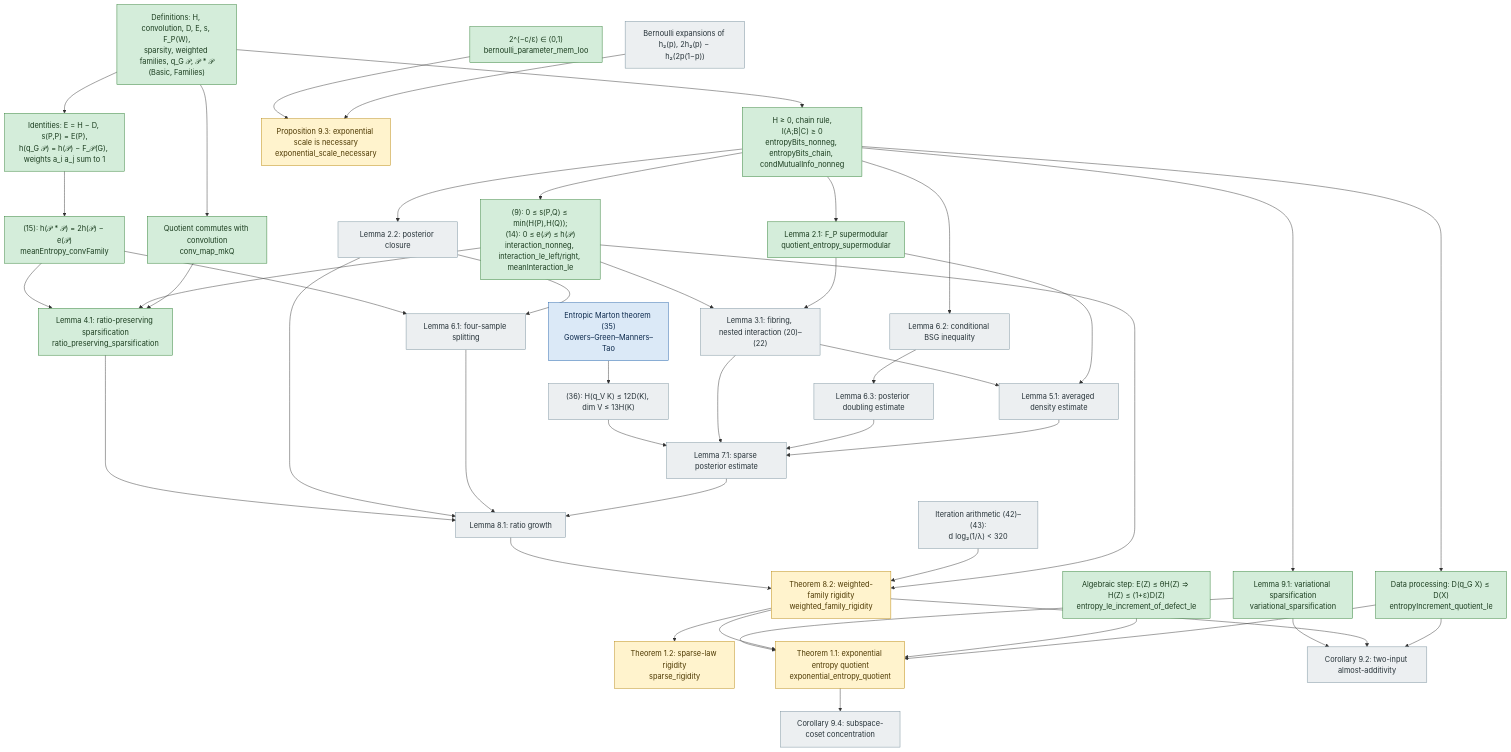
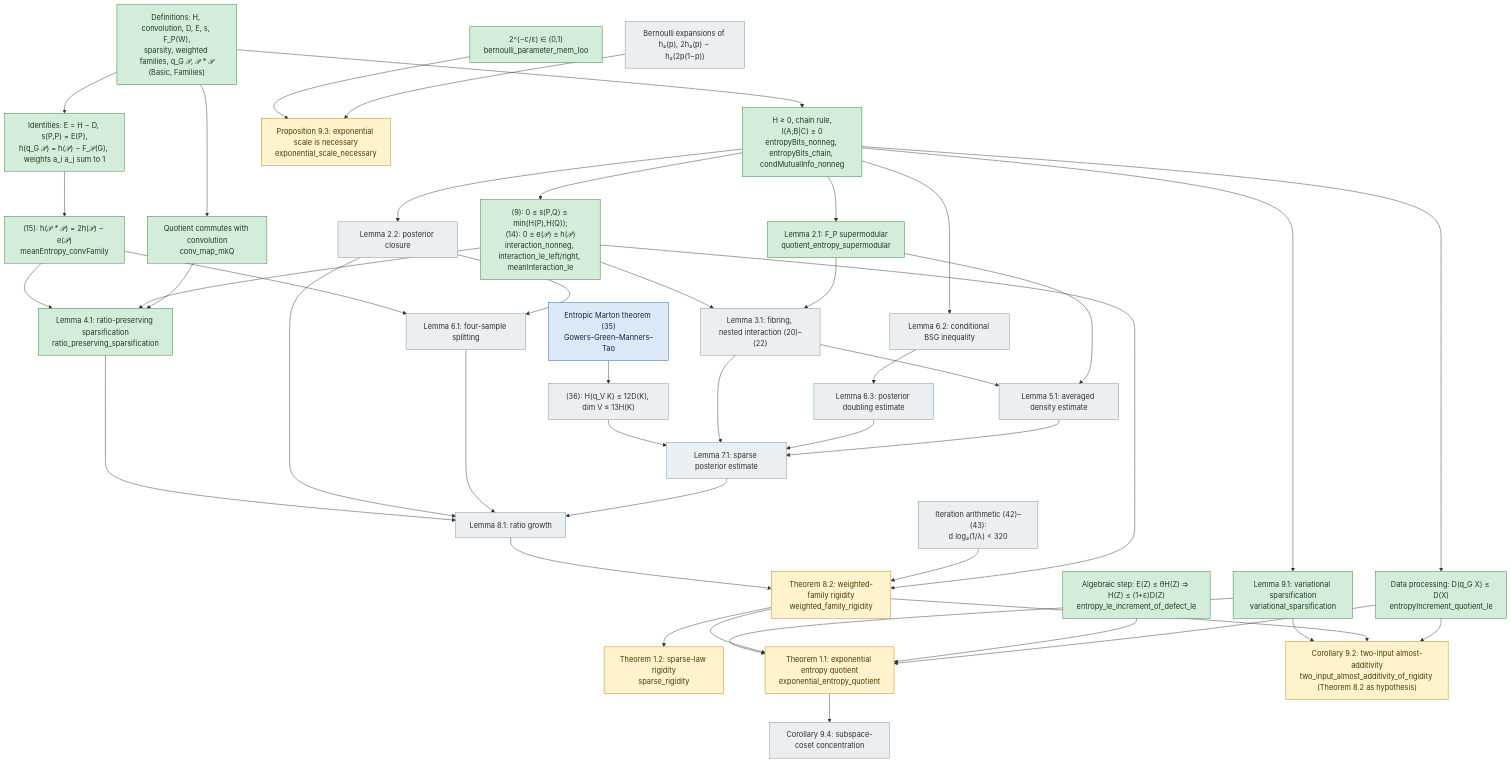
The diagram in docs/DEPENDENCIES.md (JosiahPark/entropy-quotients-lean), drawn with Mermaid before and after one commit.

Commit message:
formalize: C5 mark Corollary 9.2 stated (conditional on Theorem 8.2) in docs/DEPENDENCIES.md

```diff
--- a/docs/DEPENDENCIES.md
+++ b/docs/DEPENDENCIES.md
@@ -53,7 +53,7 @@
   %% Section 9
   L91["Lemma 9.1: variational sparsification<br/>variational_sparsification"]:::proved
   T11["Theorem 1.1: exponential entropy quotient<br/>exponential_entropy_quotient"]:::stated
-  C92["Corollary 9.2: two-input almost-additivity"]:::missing
+  C92["Corollary 9.2: two-input almost-additivity<br/>two_input_almost_additivity_of_rigidity (Theorem 8.2 as hypothesis)"]:::stated
   BEXP["Bernoulli expansions of h₂(p), 2h₂(p) − h₂(2p(1−p))"]:::missing
   P93["Proposition 9.3: exponential scale is necessary<br/>exponential_scale_necessary"]:::stated
   C94["Corollary 9.4: subspace-coset concentration"]:::missing
```
